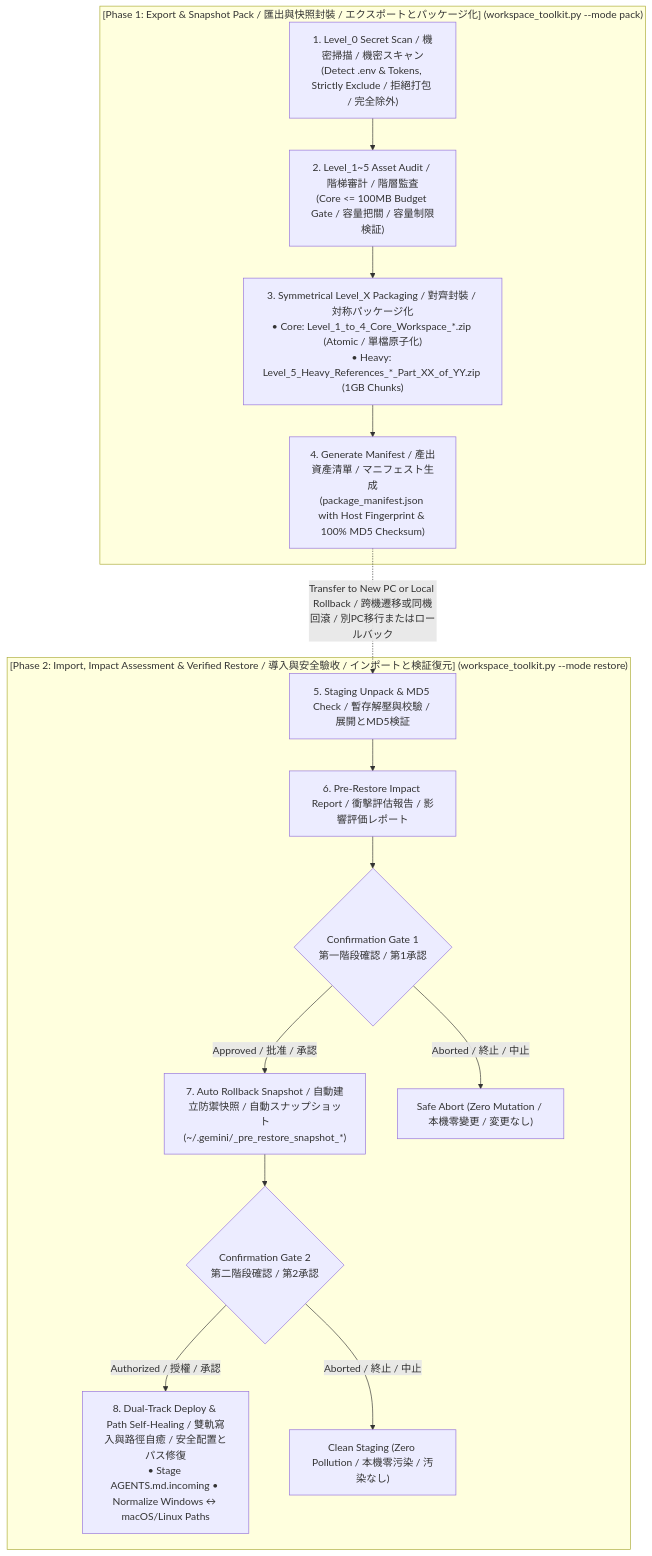
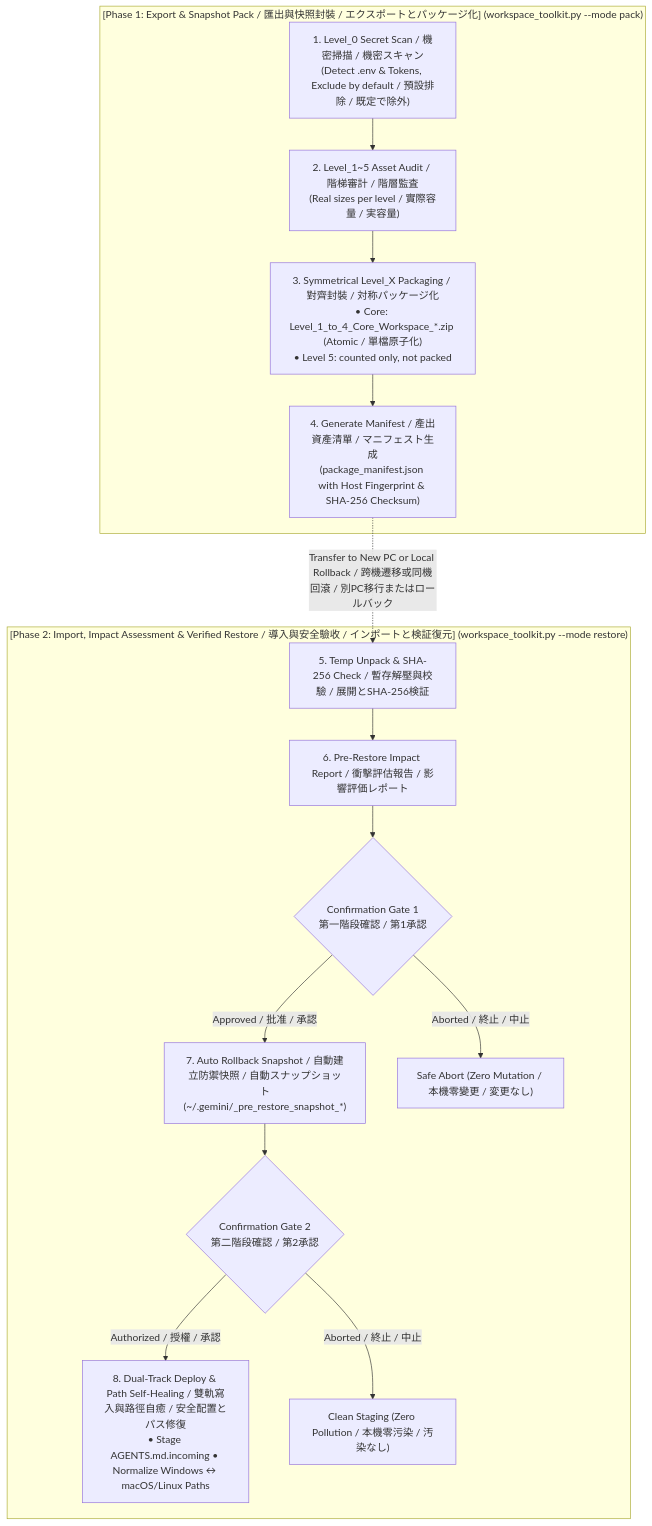
One commit to ycaistudio/universal-agent-workspace-toolkit changed the diagram in README.md. Above: the diagram before and after it, drawn with Mermaid. The commit also changed other lines of this file and 10 other files, not shown here.

````diff
--- a/README.md
+++ b/README.md
@@ -124,20 +124,20 @@
 ```mermaid
 flowchart TD
     subgraph T0 ["[Phase 1: Export & Snapshot Pack / 匯出與快照封裝 / エクスポートとパッケージ化] (workspace_toolkit.py --mode pack)"]
-        Scan["1. Level_0 Secret Scan / 機密掃描 / 機密スキャン<br>(Detect .env & Tokens, Strictly Exclude / 拒絕打包 / 完全除外)"] --> Audit["2. Level_1~5 Asset Audit / 階梯審計 / 階層監査<br>(Core <= 100MB Budget Gate / 容量把關 / 容量制限検証)"]
-        Audit --> Pack["3. Symmetrical Level_X Packaging / 對齊封裝 / 対称パッケージ化<br>• Core: Level_1_to_4_Core_Workspace_*.zip (Atomic / 單檔原子化)<br>• Heavy: Level_5_Heavy_References_*_Part_XX_of_YY.zip (1GB Chunks)"]
-        Pack --> Manifest["4. Generate Manifest / 產出資產清單 / マニフェスト生成<br>(package_manifest.json with Host Fingerprint & 100% MD5 Checksum)"]
+        Scan["1. Level_0 Secret Scan / 機密掃描 / 機密スキャン<br>(Detect .env & Tokens, Exclude by default / 預設排除 / 既定で除外)"] --> Audit["2. Level_1~5 Asset Audit / 階梯審計 / 階層監査<br>(Real sizes per level / 實際容量 / 実容量)"]
+        Audit --> Pack["3. Symmetrical Level_X Packaging / 對齊封裝 / 対称パッケージ化<br>• Core: Level_1_to_4_Core_Workspace_*.zip (Atomic / 單檔原子化)<br>• Level 5: counted only, not packed"]
+        Pack --> Manifest["4. Generate Manifest / 產出資產清單 / マニフェスト生成<br>(package_manifest.json with Host Fingerprint & SHA-256 Checksum)"]
     end
 
     subgraph T1 ["[Phase 2: Import, Impact Assessment & Verified Restore / 導入與安全驗收 / インポートと検証復元] (workspace_toolkit.py --mode restore)"]
-        Unpack["5. Staging Unpack & MD5 Check / 暫存解壓與校驗 / 展開とMD5検証"] --> Impact["6. Pre-Restore Impact Report / 衝擊評估報告 / 影響評価レポート"]
+        Unpack["5. Temp Unpack & SHA-256 Check / 暫存解壓與校驗 / 展開とSHA-256検証"] --> Impact["6. Pre-Restore Impact Report / 衝擊評估報告 / 影響評価レポート"]
         Impact --> Gate1{"Confirmation Gate 1<br>第一階段確認 / 第1承認"}
         Gate1 -- Approved / 批准 / 承認 --> Snap["7. Auto Rollback Snapshot / 自動建立防禦快照 / 自動スナップショット<br>(~/.gemini/_pre_restore_snapshot_*)"]
         Gate1 -- Aborted / 終止 / 中止 --> Abort1["Safe Abort (Zero Mutation / 本機零變更 / 変更なし)"]
         Snap --> Gate2{"Confirmation Gate 2<br>第二階段確認 / 第2承認"}
         Gate2 -- Authorized / 授權 / 承認 --> Restore["8. Dual-Track Deploy & Path Self-Healing / 雙軌寫入與路徑自癒 / 安全配置とパス修復<br>• Stage AGENTS.md.incoming • Normalize Windows ↔ macOS/Linux Paths"]
         Gate2 -- Aborted / 終止 / 中止 --> Abort2["Clean Staging (Zero Pollution / 本機零污染 / 汚染なし)"]
     end
 
     Manifest -.->|Transfer to New PC or Local Rollback / 跨機遷移或同機回滾 / 別PC移行またはロールバック| Unpack
 ```
````
